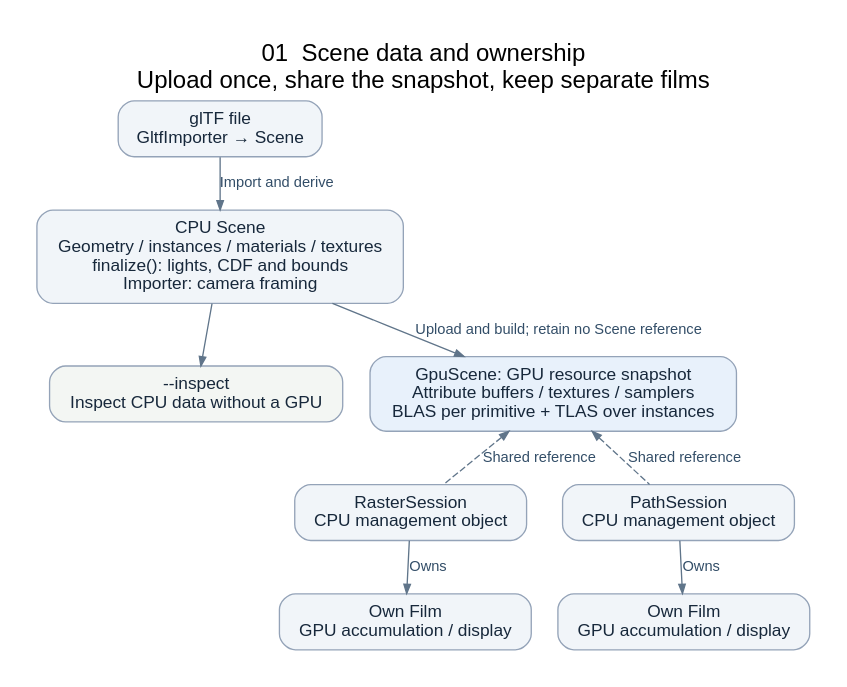
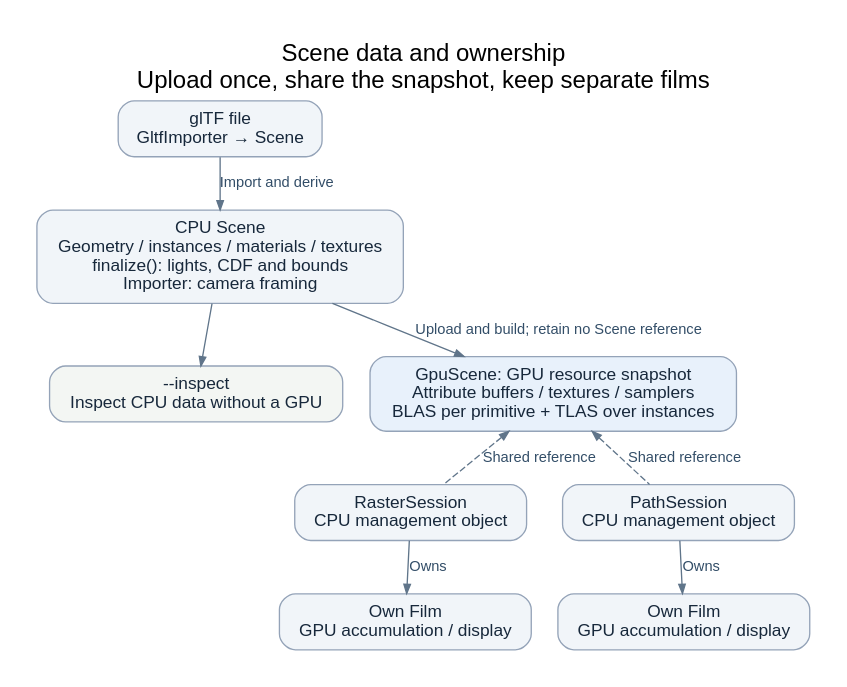
The diagram in docs/diagrams/scene-ownership.dot (ippqw5/snr), drawn with Graphviz before and after one commit. The commit also changed 20 other files, not shown here.

Commit message:
docs: reorganize architecture into a progressive reading path

```diff
--- a/docs/diagrams/scene-ownership.dot
+++ b/docs/diagrams/scene-ownership.dot
@@ -1,24 +1,24 @@
 digraph scene_ownership {
   graph [rankdir=TB, bgcolor="#ffffff", pad=0.28, nodesep=0.28, ranksep=0.38,
          fontname="Arial", fontsize=18, labelloc=t,
-         label="01  Scene data and ownership\nUpload once, share the snapshot, keep separate films"];
+         label="Scene data and ownership\nUpload once, share the snapshot, keep separate films"];
   node [shape=box, style="rounded,filled", fillcolor="#f1f5f9", color="#94a3b8",
         fontcolor="#17283b", fontname="Arial", fontsize=13, margin="0.16,0.10"];
   edge [color="#60758a", fontcolor="#334e68", fontname="Arial", fontsize=11, arrowsize=0.7];
   source [label="glTF file\nGltfImporter → Scene"];
   derived [label="CPU Scene\nGeometry / instances / materials / textures\nfinalize(): lights, CDF and bounds\nImporter: camera framing"];
   inspect [label="--inspect\nInspect CPU data without a GPU", fillcolor="#f3f6f3"];
   snapshot [label="GpuScene: GPU resource snapshot\nAttribute buffers / textures / samplers\nBLAS per primitive + TLAS over instances", fillcolor="#e8f1fb"];
   raster [label="RasterSession\nCPU management object"];
   path [label="PathSession\nCPU management object"];
   rasterfilm [label="Own Film\nGPU accumulation / display"];
   pathfilm [label="Own Film\nGPU accumulation / display"];
   source -> derived [label="Import and derive"];
   derived -> snapshot [label="Upload and build; retain no Scene reference"];
   derived -> inspect;
   {rank=same; raster; path;}
   snapshot -> raster [dir=back, style=dashed, label="Shared reference"];
   snapshot -> path [dir=back, style=dashed, label="Shared reference"];
   raster -> rasterfilm [label="Owns"];
   path -> pathfilm [label="Owns"];
 }
```
